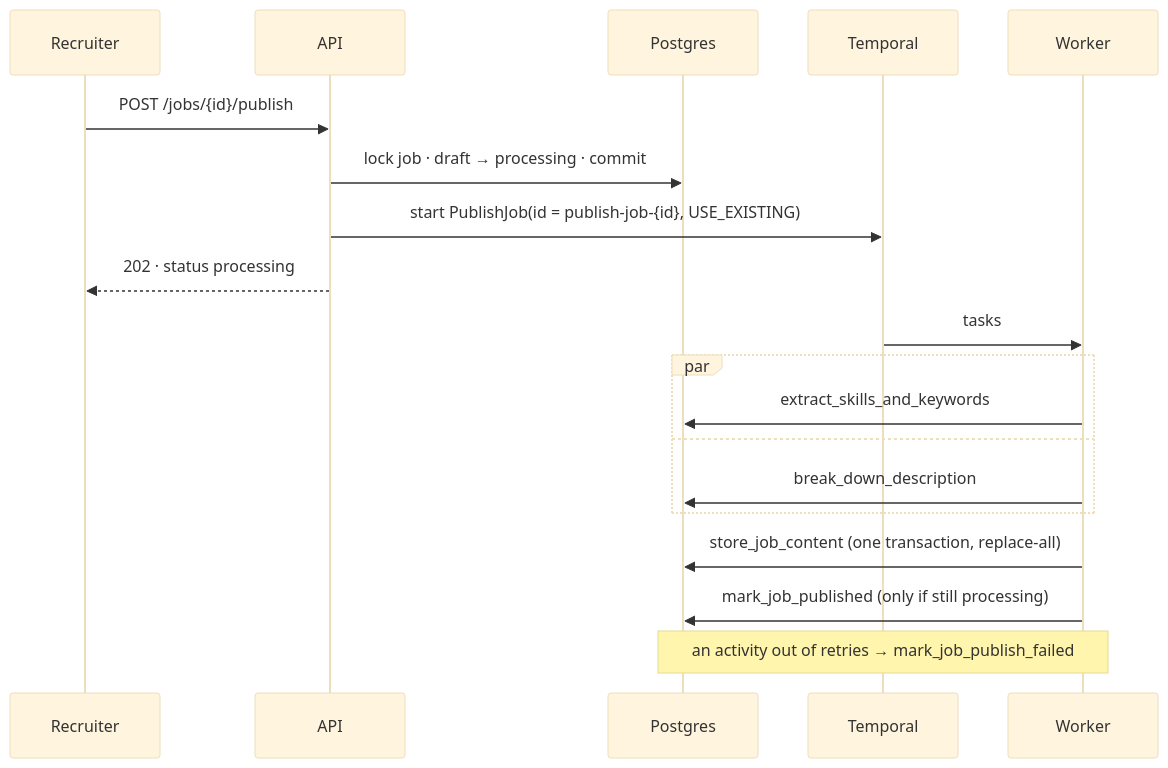
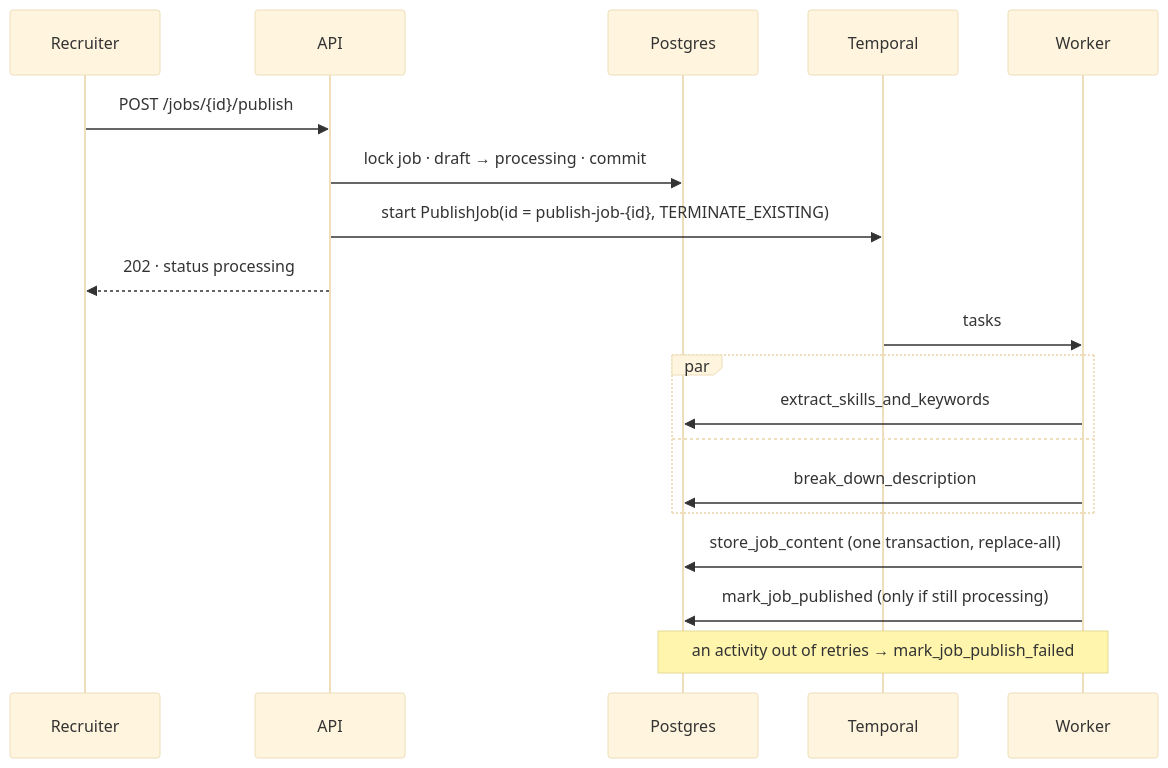
The second of 3 diagrams in docs/WORKFLOWS.md (musman-se/smart-hire), drawn with Mermaid (base theme) before and after one commit. The commit also changed other lines of this file and 12 other files, not shown here.

````diff
--- a/docs/WORKFLOWS.md
+++ b/docs/WORKFLOWS.md
@@ -58,21 +58,21 @@
 ```mermaid
 sequenceDiagram
     participant R as Recruiter
     participant API
     participant DB as Postgres
     participant T as Temporal
     participant W as Worker
     R->>API: POST /jobs/{id}/publish
     API->>DB: lock job · draft → processing · commit
-    API->>T: start PublishJob(id = publish-job-{id}, USE_EXISTING)
+    API->>T: start PublishJob(id = publish-job-{id}, TERMINATE_EXISTING)
     API-->>R: 202 · status processing
     T->>W: tasks
     par
         W->>DB: extract_skills_and_keywords
     and
         W->>DB: break_down_description
     end
     W->>DB: store_job_content (one transaction, replace-all)
     W->>DB: mark_job_published (only if still processing)
     Note over W,DB: an activity out of retries → mark_job_publish_failed
 ```
````
